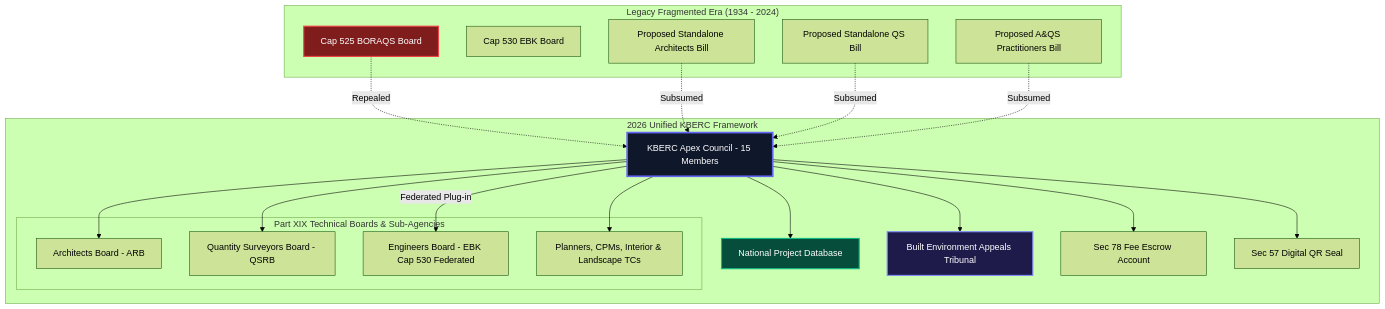
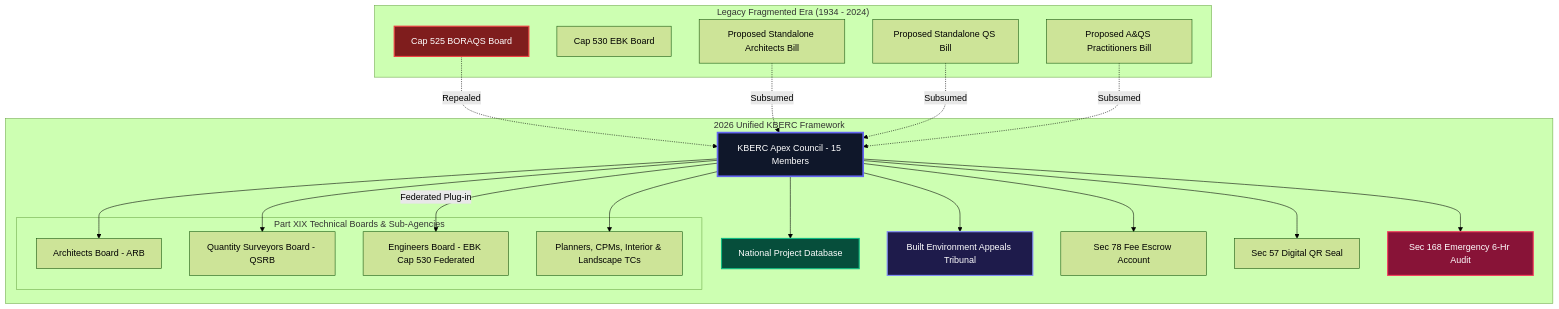
The third of 3 diagrams in src/content/comparisons/engineers-act.md (nyagonchonga/KBERC), drawn with Mermaid (forest theme) before and after one commit. The commit also changed other lines of this file and 1 other file, not shown here.

Commit message:
feat(comparisons): deepen Master Full Summary Comparison with 5 sub-analyses, 15-parameter matrix, permit sequence diagram, and 12 citations

````diff
--- a/src/content/comparisons/engineers-act.md
+++ b/src/content/comparisons/engineers-act.md
@@ -107,45 +139,48 @@
 ```mermaid
 graph TD
     subgraph "Legacy Fragmented Era (1934 - 2024)"
         Cap525[Cap 525 BORAQS Board]
         Cap530[Cap 530 EBK Board]
         P_ARCH[Proposed Standalone Architects Bill]
         P_QS[Proposed Standalone QS Bill]
         P_PRACT[Proposed A&QS Practitioners Bill]
     end
 
     subgraph "2026 Unified KBERC Framework"
         KBERC[KBERC Apex Council - 15 Members]
         NPD[National Project Database]
         BEAT[Built Environment Appeals Tribunal]
         ESCROW[Sec 78 Fee Escrow Account]
         QR[Sec 57 Digital QR Seal]
+        AUDIT[Sec 168 Emergency 6-Hr Audit]
         
         KBERC --> NPD
         KBERC --> BEAT
         KBERC --> ESCROW
         KBERC --> QR
+        KBERC --> AUDIT
         
         subgraph "Part XIX Technical Boards & Sub-Agencies"
             ARB[Architects Board - ARB]
             QSRB[Quantity Surveyors Board - QSRB]
             EBK_FED[Engineers Board - EBK Cap 530 Federated]
             ALLIED[Planners, CPMs, Interior & Landscape TCs]
         end
         
         KBERC --> ARB
         KBERC --> QSRB
         KBERC -- "Federated Plug-in" --> EBK_FED
         KBERC --> ALLIED
     end
 
     Cap525 -. "Repealed" .-> KBERC
     P_ARCH -. "Subsumed" .-> KBERC
     P_QS -. "Subsumed" .-> KBERC
     P_PRACT -. "Subsumed" .-> KBERC
 
     style Cap525 fill:#7f1d1d,stroke:#ef4444,stroke-width:2px,color:#fff
     style KBERC fill:#0f172a,stroke:#6366f1,stroke-width:3px,color:#fff
     style NPD fill:#064e3b,stroke:#10b981,stroke-width:2px,color:#fff
     style BEAT fill:#1e1b4b,stroke:#818cf8,stroke-width:2px,color:#fff
+    style AUDIT fill:#881337,stroke:#f43f5e,stroke-width:2px,color:#fff
 ```
````
